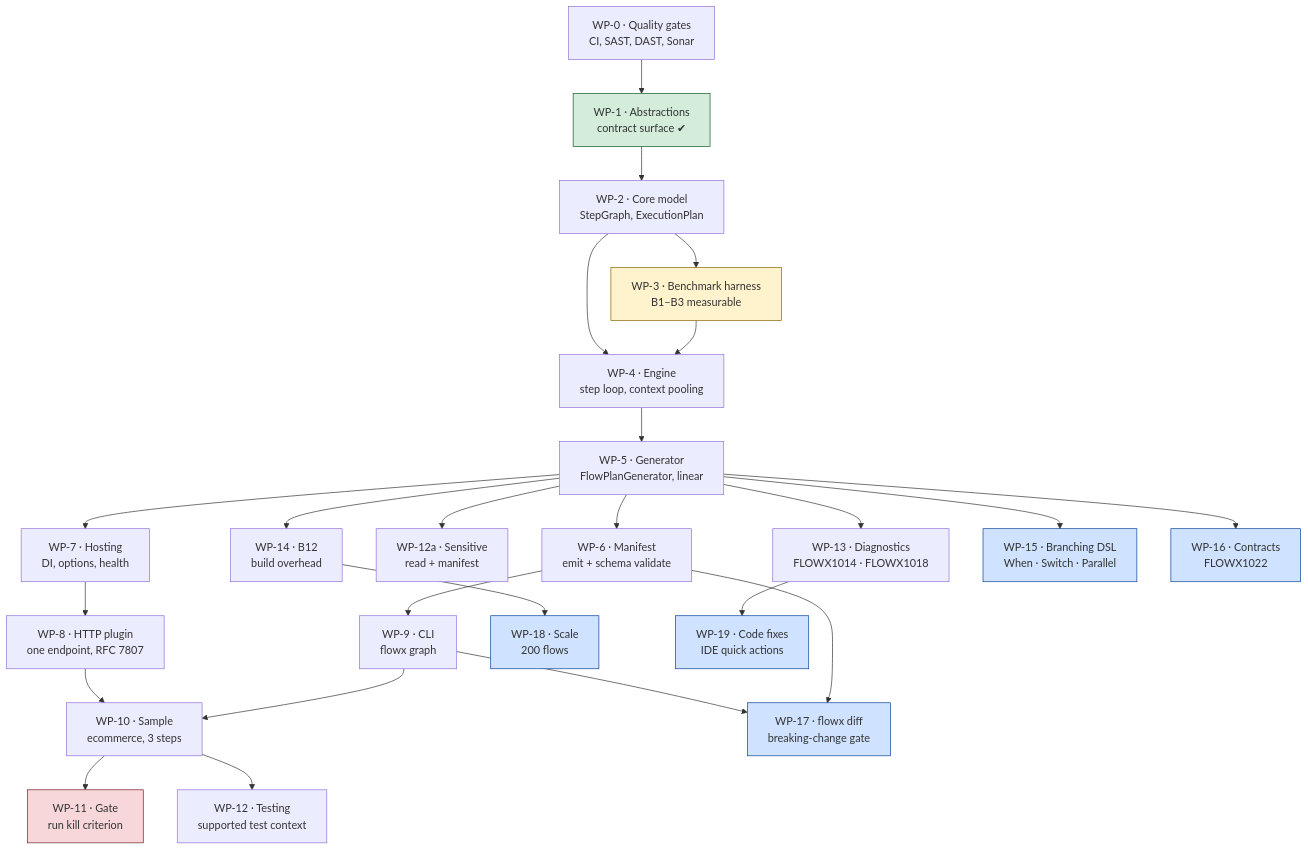
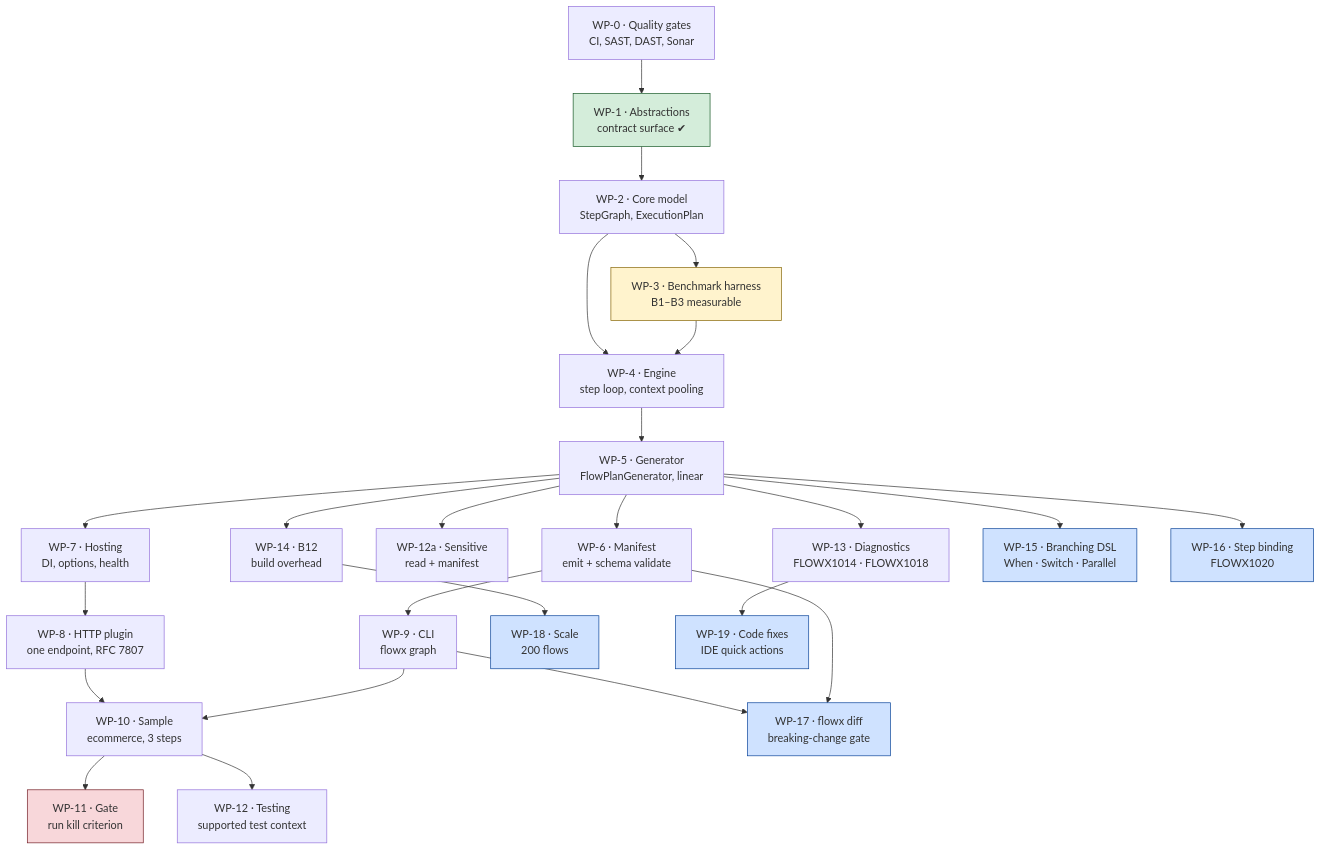
Before and after one commit to KhaiTrang1995/NexusFlow: the diagram in PLAN.md, drawn with Mermaid. The commit also changed other lines of this file and 1 other file, not shown here.

First line of the commit message:
docs(plan): record WP-16 as done, under FLOWX1020

````diff
--- a/PLAN.md
+++ b/PLAN.md
@@ -39,53 +39,53 @@
 ```mermaid
 flowchart TD
     WP0["WP-0 · Quality gates<br/>CI, SAST, DAST, Sonar"]
     WP1["WP-1 · Abstractions<br/>contract surface ✔"]
     WP2["WP-2 · Core model<br/>StepGraph, ExecutionPlan"]
     WP3["WP-3 · Benchmark harness<br/>B1–B3 measurable"]
     WP4["WP-4 · Engine<br/>step loop, context pooling"]
     WP5["WP-5 · Generator<br/>FlowPlanGenerator, linear"]
     WP6["WP-6 · Manifest<br/>emit + schema validate"]
     WP7["WP-7 · Hosting<br/>DI, options, health"]
     WP8["WP-8 · HTTP plugin<br/>one endpoint, RFC 7807"]
     WP9["WP-9 · CLI<br/>flowx graph"]
     WP10["WP-10 · Sample<br/>ecommerce, 3 steps"]
     WP11["WP-11 · Gate<br/>run kill criterion"]
     WP12["WP-12 · Testing<br/>supported test context"]
     WP12a["WP-12a · Sensitive<br/>read + manifest"]
     WP13["WP-13 · Diagnostics<br/>FLOWX1014 · FLOWX1018"]
     WP14["WP-14 · B12<br/>build overhead"]
 
     WP15["WP-15 · Branching DSL<br/>When · Switch · Parallel"]
-    WP16["WP-16 · Contracts<br/>FLOWX1022"]
+    WP16["WP-16 · Step binding<br/>FLOWX1020"]
     WP17["WP-17 · flowx diff<br/>breaking-change gate"]
     WP18["WP-18 · Scale<br/>200 flows"]
     WP19["WP-19 · Code fixes<br/>IDE quick actions"]
 
     WP0 --> WP1 --> WP2 --> WP3
     WP2 --> WP4
     WP3 --> WP4
     WP4 --> WP5 --> WP6
     WP5 --> WP7 --> WP8 --> WP10
     WP6 --> WP9 --> WP10
     WP10 --> WP11
     WP10 --> WP12
     WP5 --> WP12a
     WP5 --> WP13
     WP5 --> WP14
 
     WP5 --> WP15
     WP5 --> WP16
     WP9 --> WP17
     WP6 --> WP17
     WP14 --> WP18
     WP13 --> WP19
 
     style WP3 fill:#fff3cd,stroke:#856404
     style WP11 fill:#f8d7da,stroke:#721c24
     style WP1 fill:#d4edda,stroke:#155724
     style WP15 fill:#cfe2ff,stroke:#084298
     style WP16 fill:#cfe2ff,stroke:#084298
     style WP17 fill:#cfe2ff,stroke:#084298
     style WP18 fill:#cfe2ff,stroke:#084298
     style WP19 fill:#cfe2ff,stroke:#084298
 ```
````
